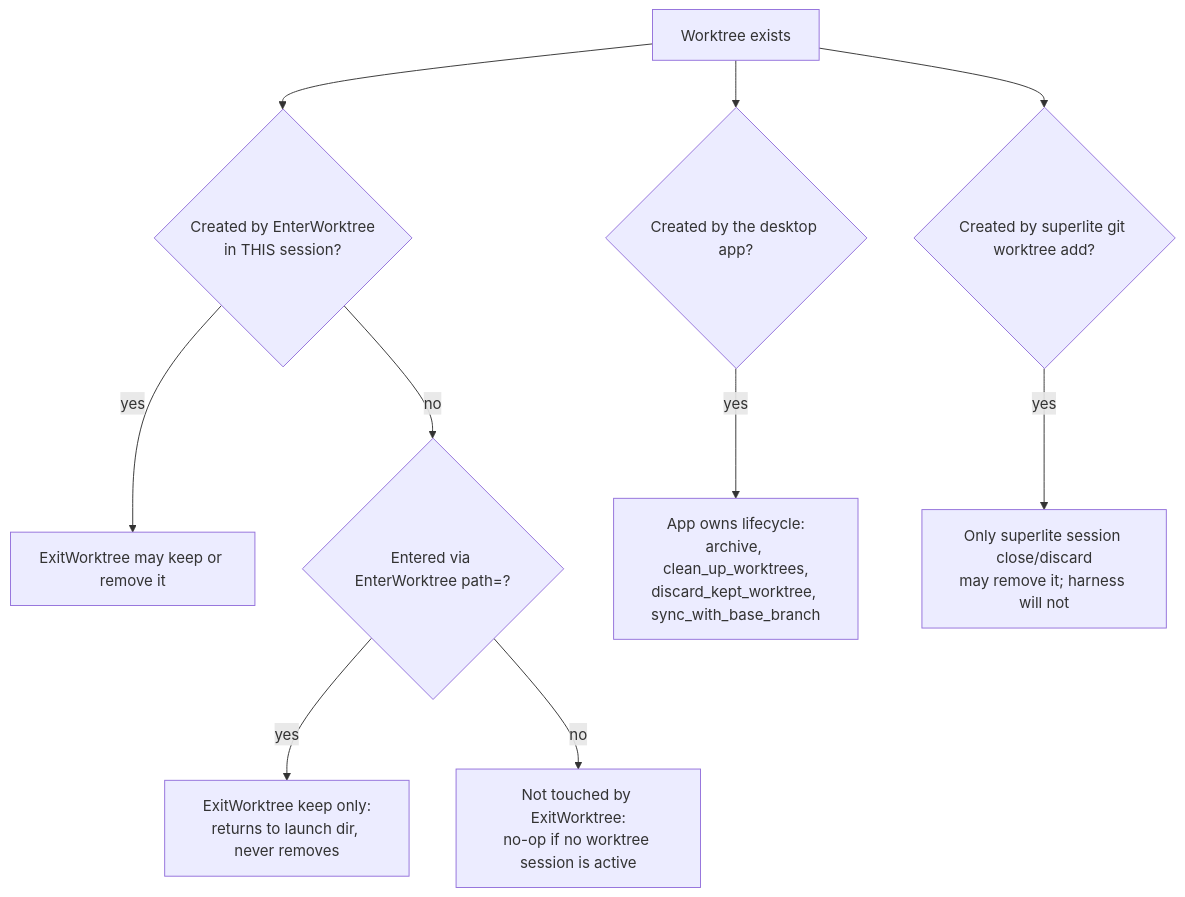
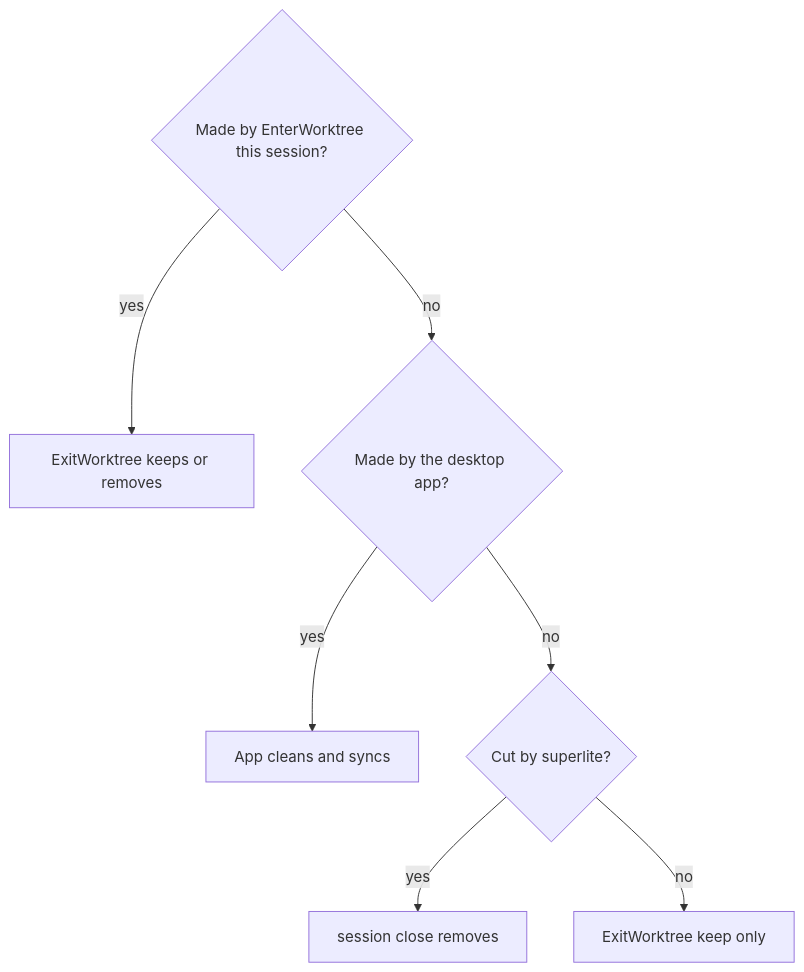
Before and after one commit to iha2/superlite: the second of 5 diagrams in docs/plans/2026-11-07-claude-code-worktree-compat.feature.md, drawn with Mermaid. The commit also changed other lines of this file and 73 other files, not shown here.

First line of the commit message:
Sessions reconcile with git, archive on close, and wrap Claude Code worktrees

````diff
--- a/docs/plans/2026-11-07-claude-code-worktree-compat.feature.md
+++ b/docs/plans/2026-11-07-claude-code-worktree-compat.feature.md
@@ -122,12 +126,9 @@
 ```mermaid
 flowchart TD
-    A[Worktree exists] --> B{Created by EnterWorktree<br/>in THIS session?}
-    B -- yes --> C[ExitWorktree may keep or remove it]
-    B -- no --> D{Entered via EnterWorktree path=?}
-    D -- yes --> E[ExitWorktree keep only:<br/>returns to launch dir, never removes]
-    D -- no --> F[Not touched by ExitWorktree:<br/>no-op if no worktree session is active]
-    A --> G{Created by the desktop app?}
-    G -- yes --> H[App owns lifecycle:<br/>archive, clean_up_worktrees,<br/>discard_kept_worktree, sync_with_base_branch]
-    A --> I{Created by superlite git worktree add?}
-    I -- yes --> J[Only superlite session close/discard<br/>may remove it; harness will not]
+    A{Made by EnterWorktree this session?} -->|yes| C[ExitWorktree keeps or removes]
+    A -->|no| B{Made by the desktop app?}
+    B -->|yes| H[App cleans and syncs]
+    B -->|no| D{Cut by superlite?}
+    D -->|yes| J[session close removes]
+    D -->|no| F[ExitWorktree keep only]
 ```
````
